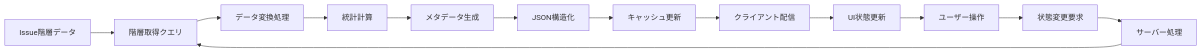
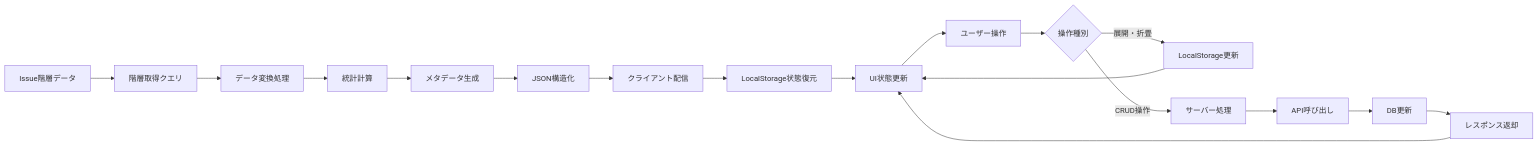
Before and after one commit to hollySizzle/redmine_epic_ladder: the sixth of 10 diagrams in vibes/docs/logics/feature_card/feature_card_server_specification.md, drawn with Mermaid. The commit also changed other lines of this file and 77 other files, not shown here.

````diff
--- a/vibes/docs/logics/feature_card/feature_card_server_specification.md
+++ b/vibes/docs/logics/feature_card/feature_card_server_specification.md
@@ -161,16 +172,23 @@
 ```mermaid
 flowchart LR
     A[Issue階層データ] --> B[階層取得クエリ]
     B --> C[データ変換処理]
     C --> D[統計計算]
     D --> E[メタデータ生成]
     E --> F[JSON構造化]
-    F --> G[キャッシュ更新]
 
-    G --> H[クライアント配信]
+    F --> G[クライアント配信]
+    G --> H[LocalStorage状態復元]
     H --> I[UI状態更新]
     I --> J[ユーザー操作]
-    J --> K[状態変更要求]
-    K --> L[サーバー処理]
-    L --> B
+
+    J --> K{操作種別}
+    K -->|展開・折畳| L[LocalStorage更新]
+    K -->|CRUD操作| M[サーバー処理]
+
+    L --> I
+    M --> N[API呼び出し]
+    N --> O[DB更新]
+    O --> P[レスポンス返却]
+    P --> I
 ```
````
